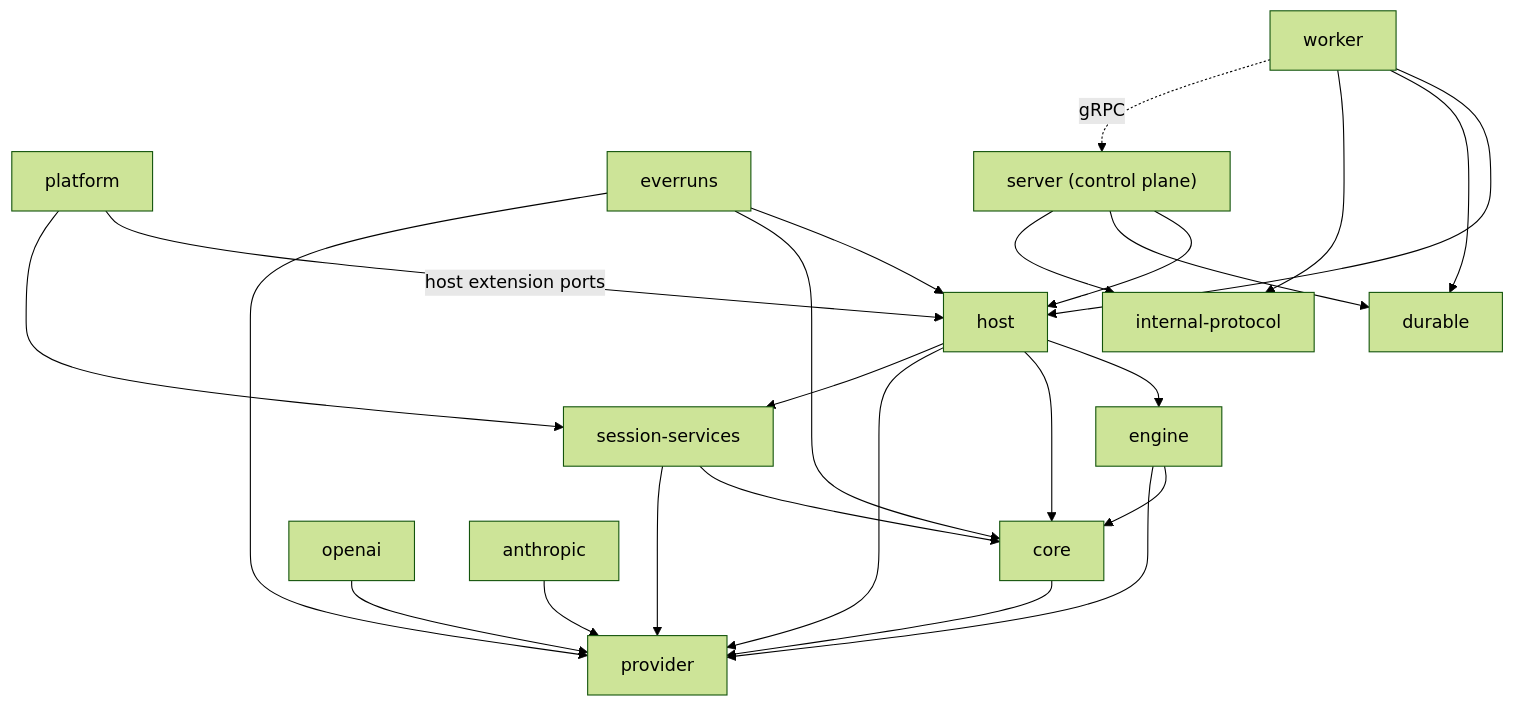
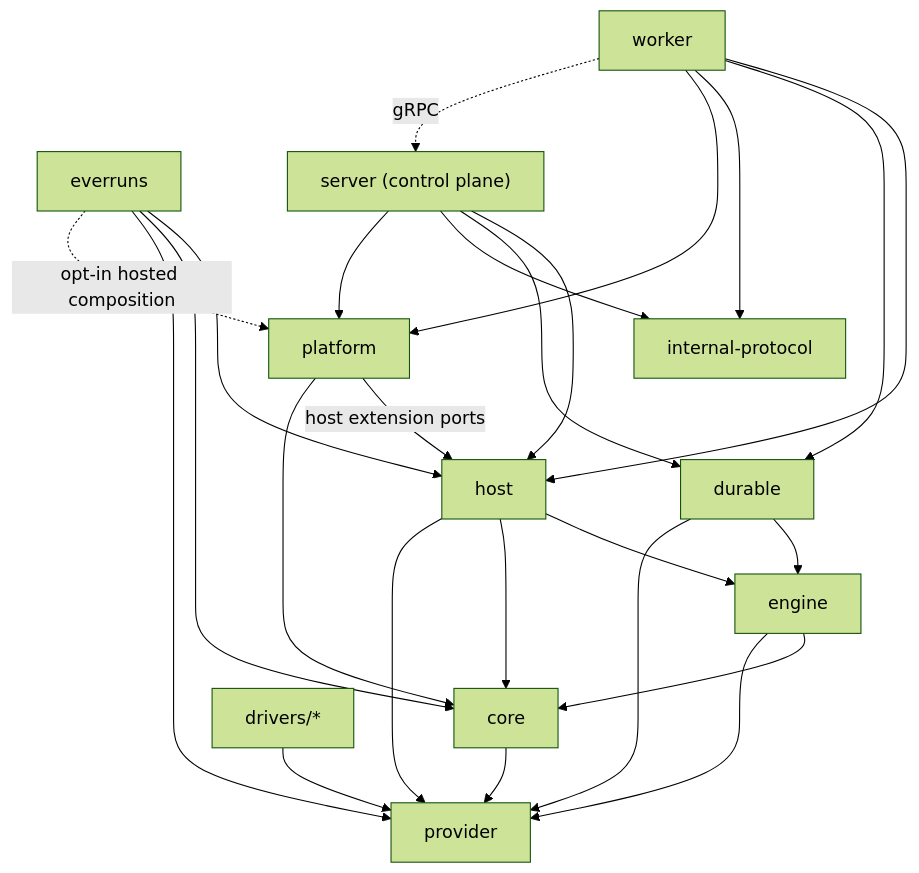
One commit to everruns/everruns changed the second of 3 diagrams in knowledge/foundations/architecture.md. Above: the diagram before and after it, drawn with Mermaid (forest theme). The commit also changed other lines of this file and 4 other files, not shown here.

Commit message:
docs(knowledge): align current architecture decisions

````diff
--- a/knowledge/foundations/architecture.md
+++ b/knowledge/foundations/architecture.md
@@ -160,40 +157,39 @@
 ```mermaid
 graph TD
     provider[provider]
     core[core]
     engine[engine]
-    session_services[session-services]
     platform[platform]
     host[host]
     framework[everruns]
-    openai[openai]
-    anthropic[anthropic]
+    drivers[drivers/*]
     protocol[internal-protocol]
     durable[durable]
     worker[worker]
     server["server (control plane)"]
 
     core --> provider
     engine --> core
     engine --> provider
-    session_services --> core
-    session_services --> provider
     host --> engine
     host --> core
     host --> provider
-    host --> session_services
     platform -->|host extension ports| host
-    platform --> session_services
+    platform --> core
     framework --> host
     framework --> core
     framework --> provider
-    openai --> provider
-    anthropic --> provider
+    framework -.->|opt-in hosted composition| platform
+    drivers --> provider
+    durable --> engine
+    durable --> provider
     worker --> host
     worker --> durable
     worker --> protocol
+    worker --> platform
     server --> host
     server --> durable
     server --> protocol
+    server --> platform
     worker -.->|gRPC| server
 ```
````
